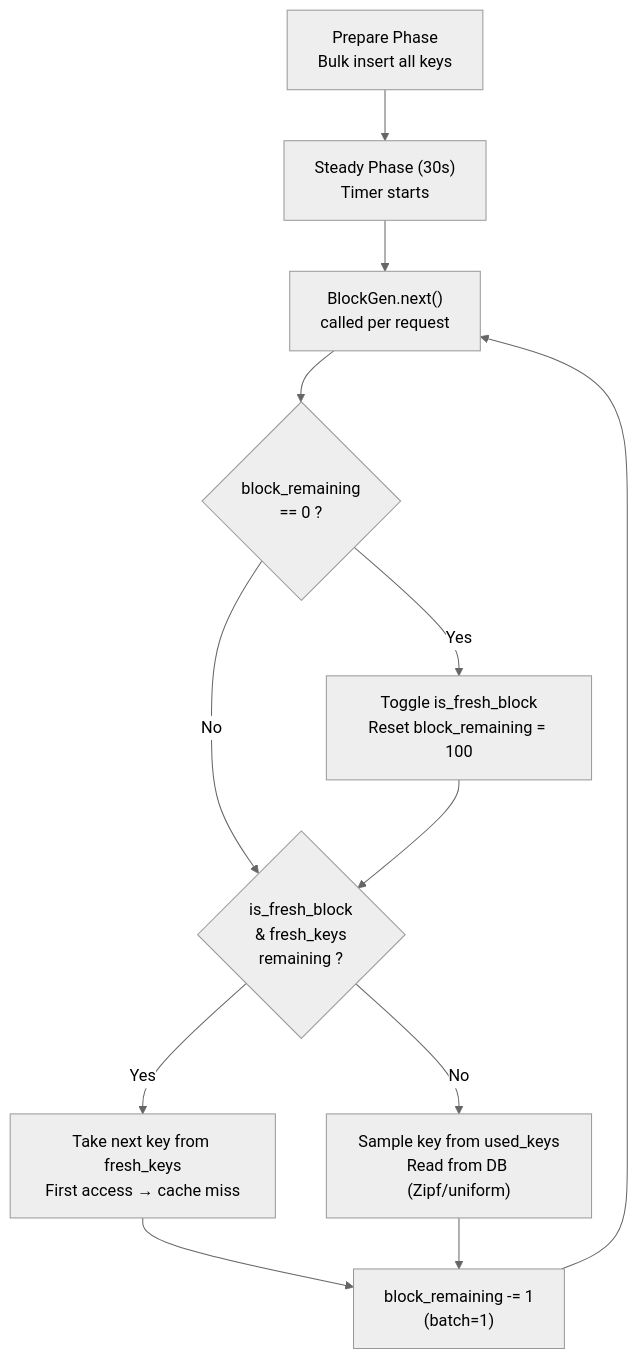
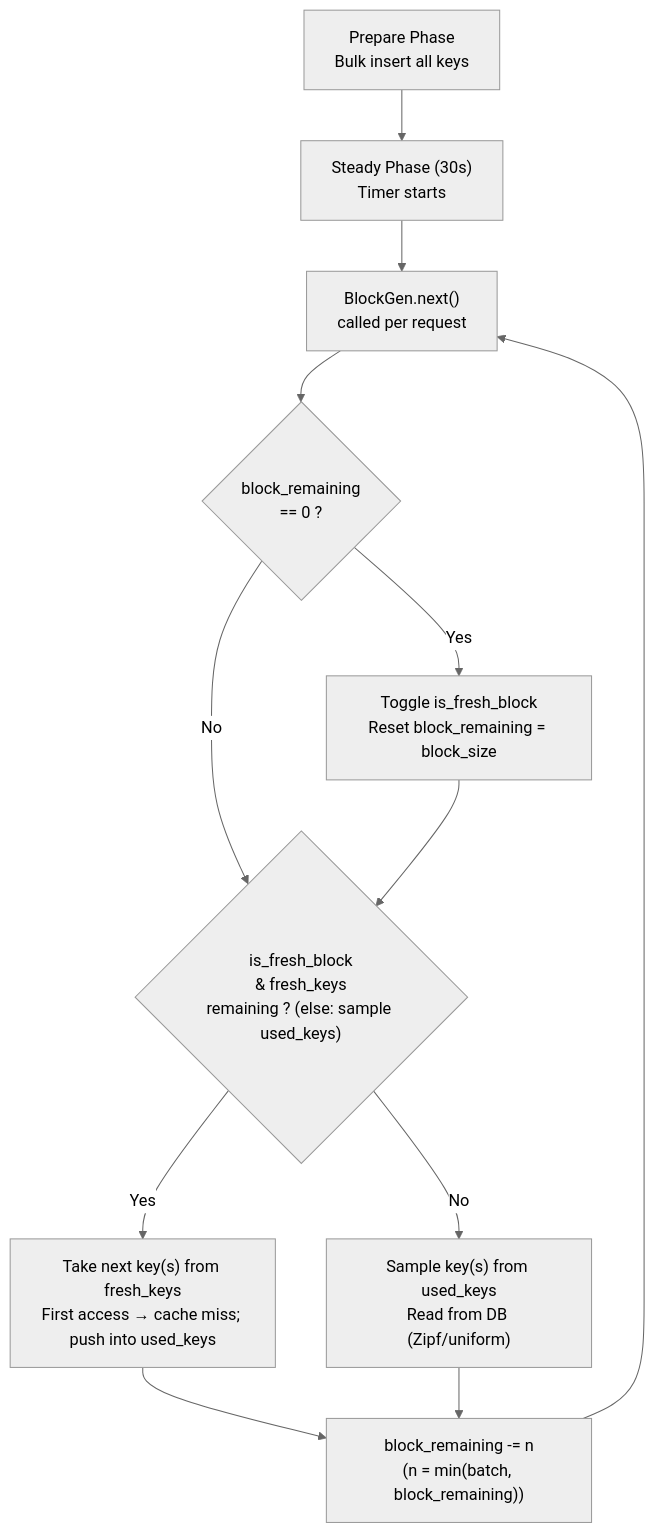
Before and after one commit to minhdangnguyenn/rusty-db: the diagram in flow.md, drawn with Mermaid (neutral theme). The commit also changed other lines of this file, not shown here.

````diff
--- a/flow.md
+++ b/flow.md
@@ -3,24 +3,24 @@
 ```mermaid
 flowchart TB
     PREPARE["Prepare Phase<br/>Bulk insert all keys"]
     STEADY["Steady Phase (30s)<br/>Timer starts"]
     NEXT["BlockGen.next()<br/>called per request"]
     BLOCK_END{"block_remaining<br/>== 0 ?"}
-    TOGGLE["Toggle is_fresh_block<br/>Reset block_remaining = 100"]
-    FRESH{"is_fresh_block<br/>& fresh_keys<br/>remaining ?"}
-    FRESH_KEY["Take next key from fresh_keys<br/>First access → cache miss"]
-    USED["Sample key from used_keys<br/>Read from DB (Zipf/uniform)"]
-    DEC["block_remaining -= 1<br/>(batch=1)"]
+    TOGGLE["Toggle is_fresh_block<br/>Reset block_remaining = block_size"]
+    FRESH{"is_fresh_block<br/>& fresh_keys<br/>remaining ? (else: sample used_keys)"}
+    FRESH_KEY["Take next key(s) from fresh_keys<br/>First access → cache miss; push into used_keys"]
+    USED["Sample key(s) from used_keys<br/>Read from DB (Zipf/uniform)"]
+    DEC["block_remaining -= n<br/>(n = min(batch, block_remaining))"]
 
     PREPARE --> STEADY
     STEADY --> NEXT
     NEXT --> BLOCK_END
     BLOCK_END -- Yes --> TOGGLE
     BLOCK_END -- No --> FRESH
     TOGGLE --> FRESH
     FRESH -- Yes --> FRESH_KEY
     FRESH -- No --> USED
     FRESH_KEY --> DEC
     USED --> DEC
     DEC --> NEXT
 ```
````
